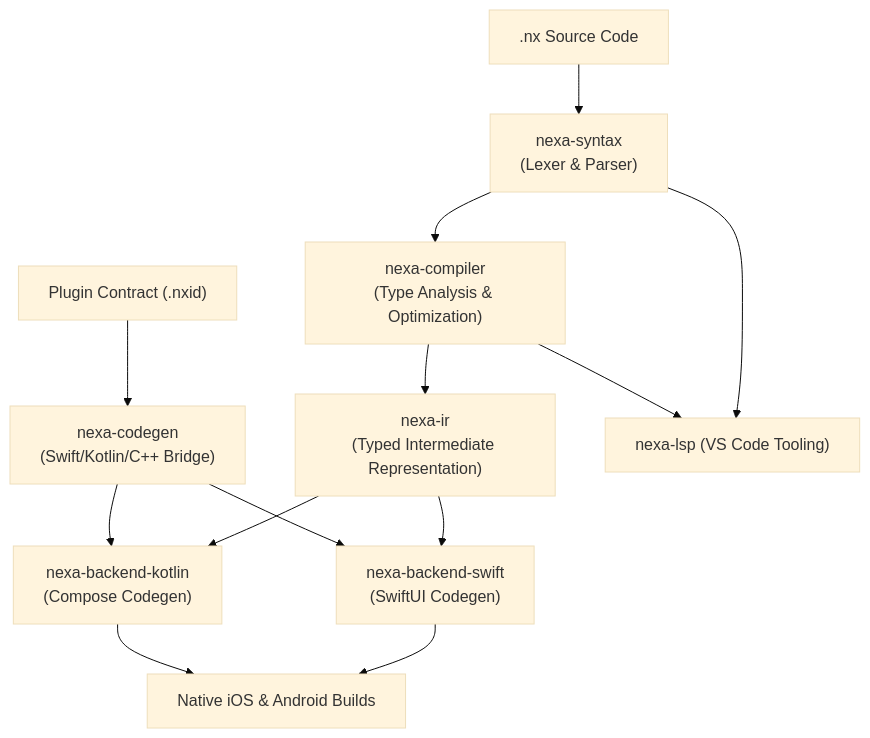
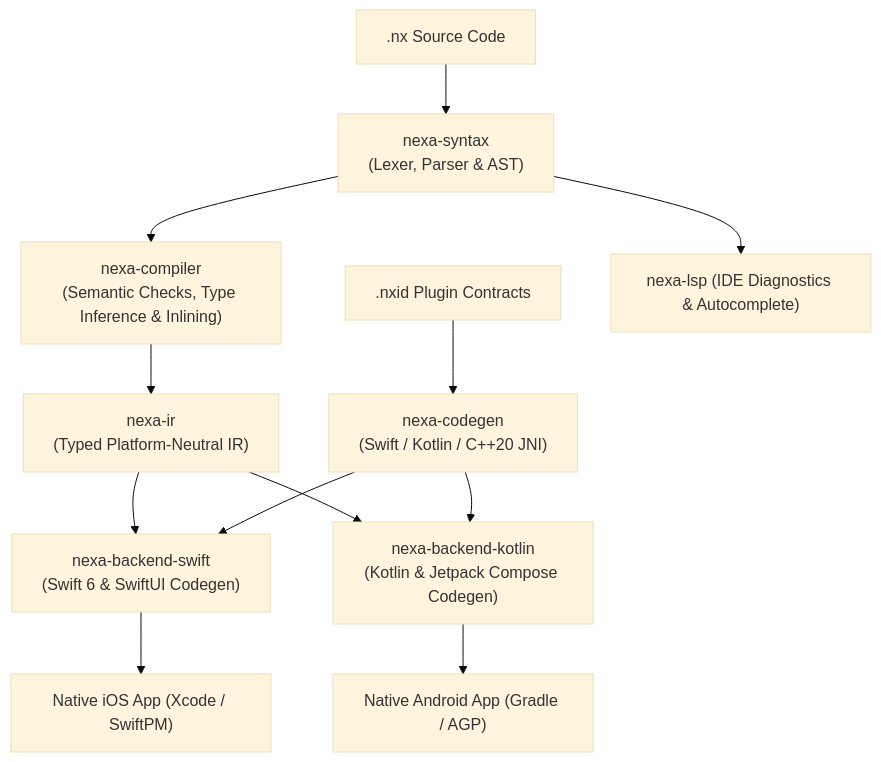
The diagram in README.md (pigeonmal/nexa), drawn with Mermaid (base theme) before and after one commit. The commit also changed other lines of this file and 12 other files, not shown here.

````diff
--- a/README.md
+++ b/README.md
@@ -37,15 +31,14 @@
 ```mermaid
 graph TD
-    NX[".nx Source Code"] --> Syntax["nexa-syntax\n(Lexer & Parser)"]
-    Syntax --> Compiler["nexa-compiler\n(Type Analysis & Optimization)"]
-    Compiler --> IR["nexa-ir\n(Typed Intermediate Representation)"]
-    IR --> SwiftBackend["nexa-backend-swift\n(SwiftUI Codegen)"]
-    IR --> KotlinBackend["nexa-backend-kotlin\n(Compose Codegen)"]
-    PluginIDL["Plugin Contract (.nxid)"] --> Codegen["nexa-codegen\n(Swift/Kotlin/C++ Bridge)"]
+    NX[".nx Source Code"] --> Syntax["nexa-syntax\n(Lexer, Parser & AST)"]
+    Syntax --> Compiler["nexa-compiler\n(Semantic Checks, Type Inference & Inlining)"]
+    Compiler --> IR["nexa-ir\n(Typed Platform-Neutral IR)"]
+    IR --> SwiftBackend["nexa-backend-swift\n(Swift 6 & SwiftUI Codegen)"]
+    IR --> KotlinBackend["nexa-backend-kotlin\n(Kotlin & Jetpack Compose Codegen)"]
+    PluginIDL[".nxid Plugin Contracts"] --> Codegen["nexa-codegen\n(Swift / Kotlin / C++20 JNI)"]
     Codegen --> SwiftBackend
     Codegen --> KotlinBackend
-    SwiftBackend --> NativeApp["Native iOS & Android Builds"]
-    KotlinBackend --> NativeApp
-    Syntax --> LSP["nexa-lsp (VS Code Tooling)"]
-    Compiler --> LSP
+    SwiftBackend --> iOSBuild["Native iOS App (Xcode / SwiftPM)"]
+    KotlinBackend --> AndroidBuild["Native Android App (Gradle / AGP)"]
+    Syntax --> LSP["nexa-lsp (IDE Diagnostics & Autocomplete)"]
 ```
````
